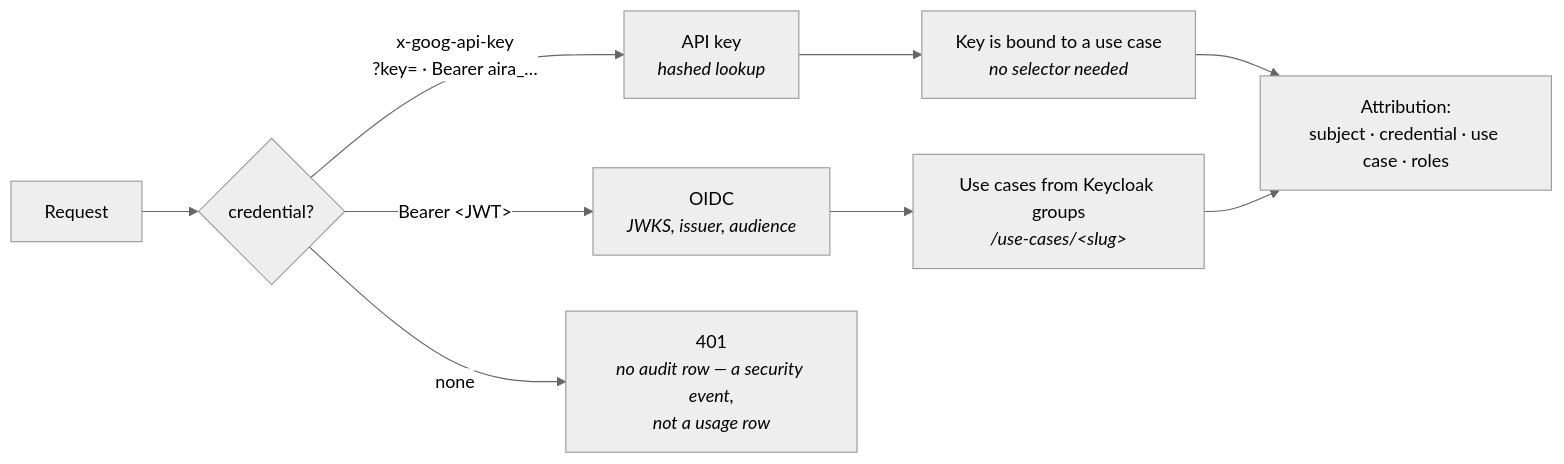
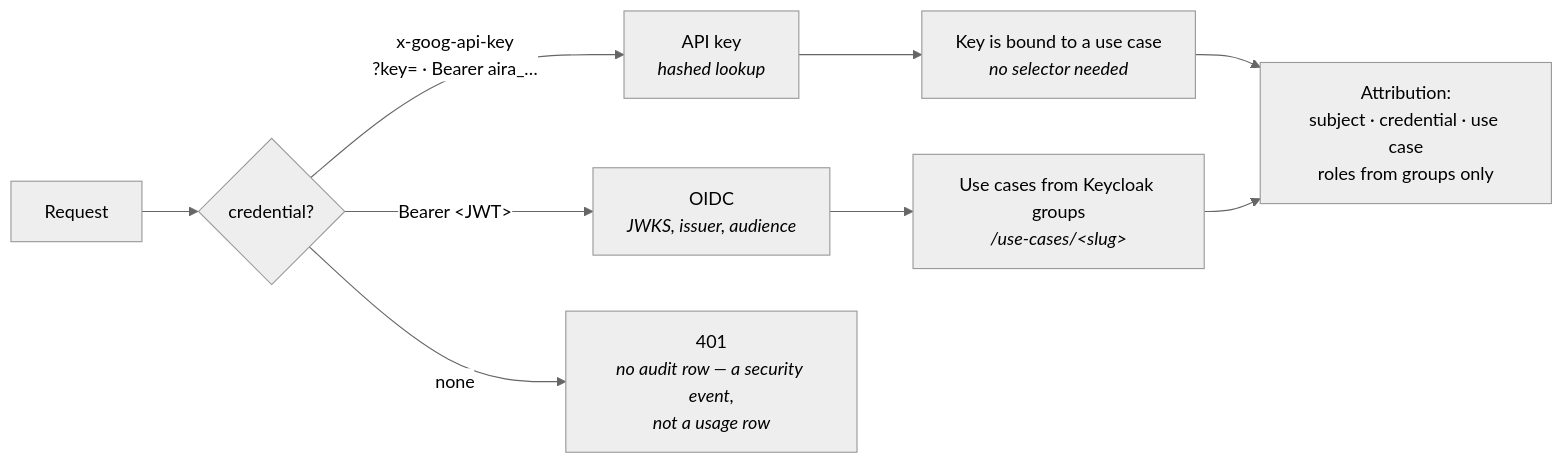
One commit to InigoImago/AIRA-Gateway changed the second of 6 diagrams in docs/REQUEST-LIFECYCLE.md. Above: the diagram before and after it, drawn with Mermaid (neutral theme). The commit also changed other lines of this file and 10 other files, not shown here.

````diff
--- a/docs/REQUEST-LIFECYCLE.md
+++ b/docs/REQUEST-LIFECYCLE.md
@@ -74,13 +82,13 @@
 ```mermaid
 graph LR
     req["Request"] --> which{"credential?"}
     which -->|"x-goog-api-key<br/>?key= · Bearer aira_…"| key["API key<br/><i>hashed lookup</i>"]
     which -->|"Bearer &lt;JWT&gt;"| oidc["OIDC<br/><i>JWKS, issuer, audience</i>"]
     which -->|"none"| anon["401<br/><i>no audit row — a security event,<br/>not a usage row</i>"]
 
     key --> bound["Key is bound to a use case<br/><i>no selector needed</i>"]
     oidc --> groups["Use cases from Keycloak groups<br/><i>/use-cases/&lt;slug&gt;</i>"]
 
-    bound --> attr["Attribution:<br/>subject · credential · use case · roles"]
+    bound --> attr["Attribution:<br/>subject · credential · use case<br/>roles from groups only"]
     groups --> attr
 ```
````
